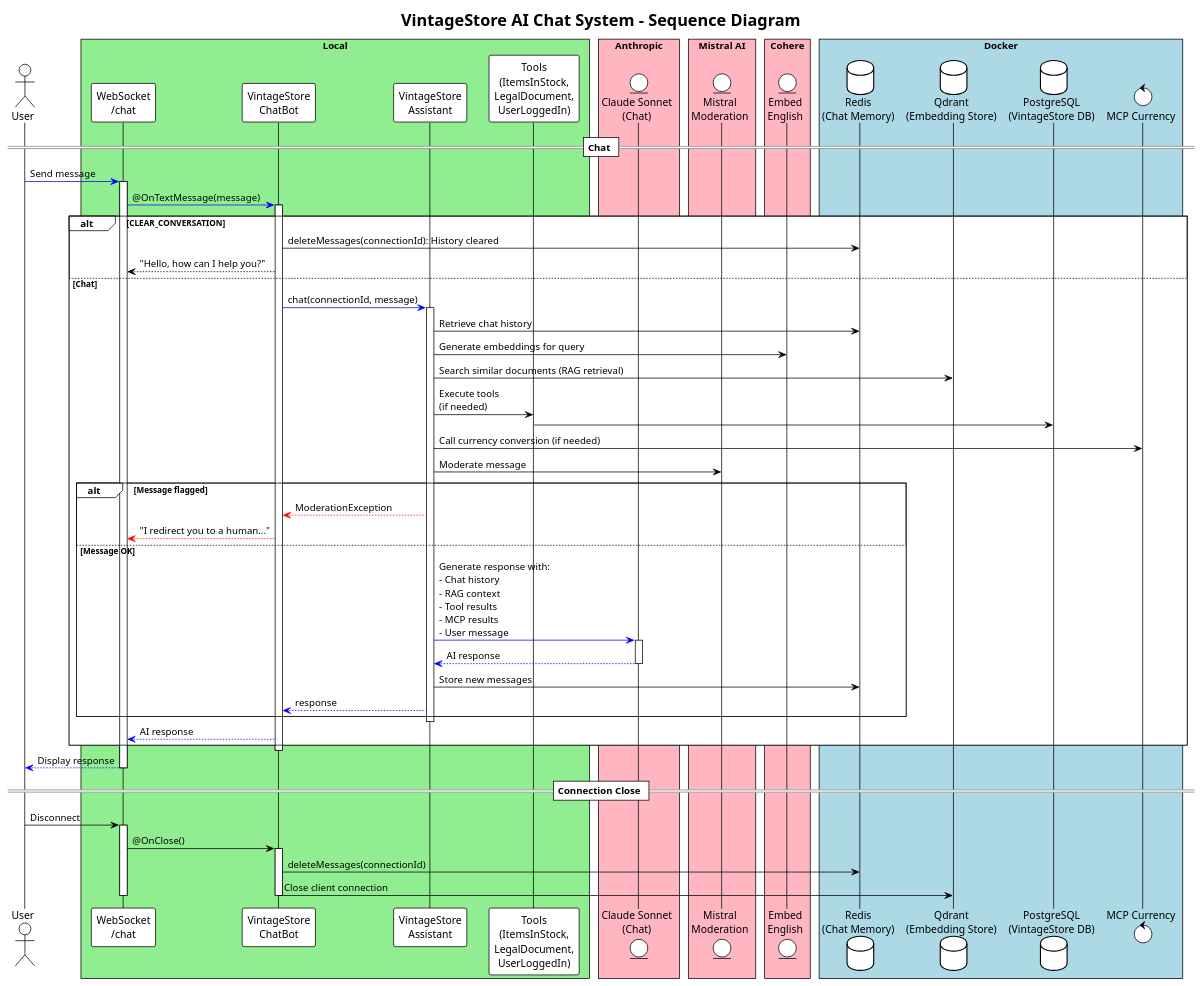
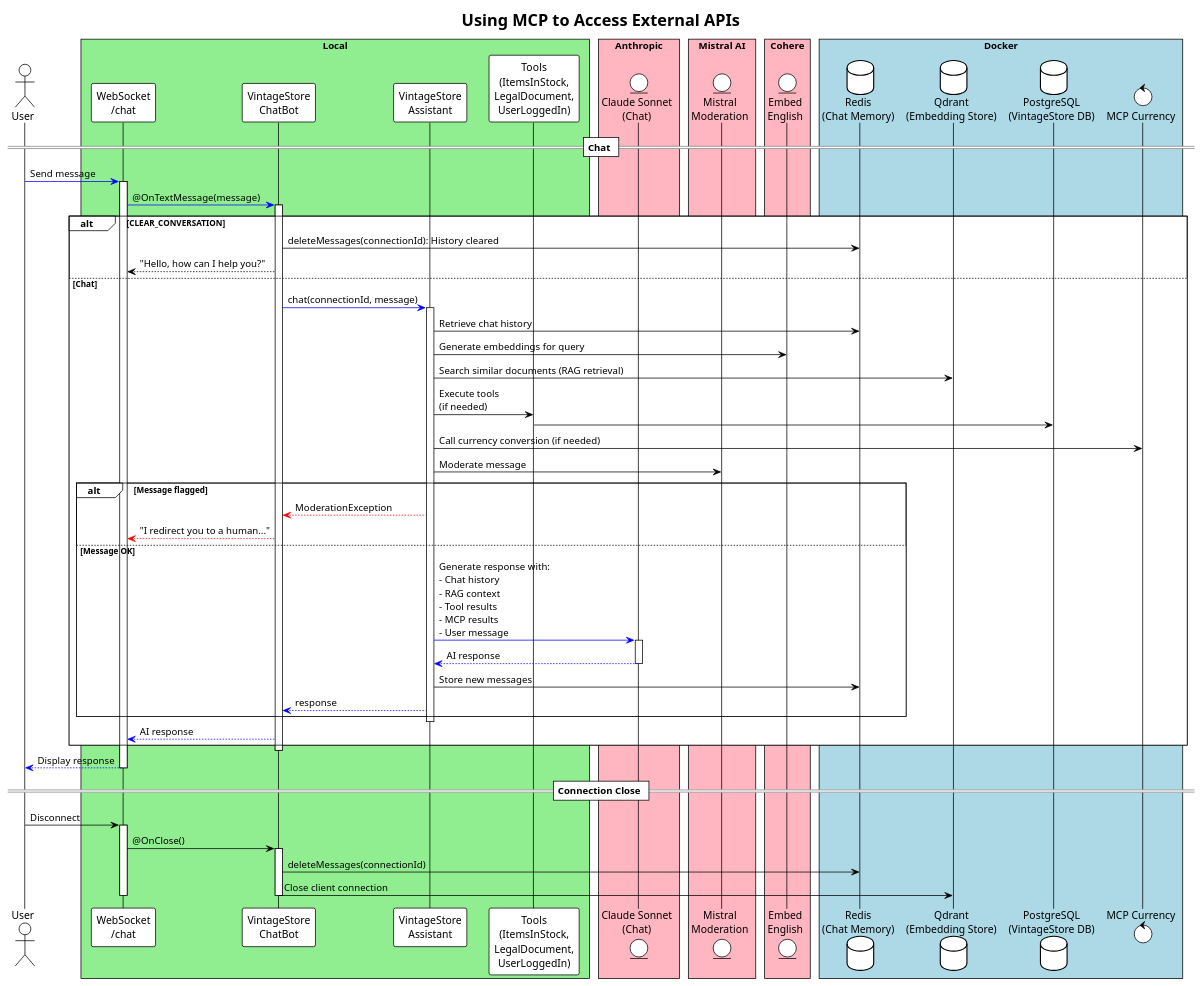
The diagram in docs/puml/41-mcp.puml (agoncal/agoncal-application-vintagestore), drawn with PlantUML before and after one commit. The commit also changed 7 other files, not shown here.

```diff
--- a/docs/puml/41-mcp.puml
+++ b/docs/puml/41-mcp.puml
@@ -1,80 +1,80 @@
 @startuml
 !theme plain
-title VintageStore AI Chat System - Sequence Diagram
+title Using MCP to Access External APIs
 
 actor User
 box "Local" #LightGreen
 participant "WebSocket\n/chat" as WS
 participant "VintageStore\nChatBot" as ChatBot
 participant "VintageStore\nAssistant" as Assistant
 participant "Tools\n(ItemsInStock,\nLegalDocument,\nUserLoggedIn)" as Tools
 end box
 box "Anthropic" #LightPink
 entity "Claude Sonnet\n(Chat)" as Anthropic
 end box
 box "Mistral AI" #LightPink
 entity "Mistral\nModeration" as Mistral
 end box
 box "Cohere" #LightPink
 entity "Embed\nEnglish" as Cohere
 end box
 box "Docker" #LightBlue
 database "Redis\n(Chat Memory)" as Redis
 database "Qdrant\n(Embedding Store)" as Qdrant
 database "PostgreSQL\n(VintageStore DB)" as PostgreSQL
 control "MCP Currency" as MCP
 end box
 
 == Chat ==
 User -[#blue]> WS: Send message
 activate WS
 WS -[#blue]> ChatBot: @OnTextMessage(message)
 activate ChatBot
 
 alt CLEAR_CONVERSATION
     ChatBot -> Redis: deleteMessages(connectionId): History cleared
     ChatBot --> WS: "Hello, how can I help you?"
 else Chat
     ChatBot -[#blue]> Assistant: chat(connectionId, message)
     activate Assistant
     Assistant -> Redis: Retrieve chat history
     Assistant -> Cohere: Generate embeddings for query
     Assistant -> Qdrant: Search similar documents (RAG retrieval)
     Assistant -> Tools: Execute tools\n(if needed)
     Tools -> PostgreSQL
     Assistant -> MCP: Call currency conversion (if needed)
     Assistant -> Mistral: Moderate message
 
     alt Message flagged
         Assistant -[#red]-> ChatBot: ModerationException
         ChatBot -[#red]-> WS: "I redirect you to a human..."
     else Message OK
 
         Assistant -[#blue]> Anthropic: Generate response with:\n- Chat history\n- RAG context\n- Tool results\n- MCP results\n- User message
         activate Anthropic
         Anthropic -[#blue]-> Assistant: AI response
         deactivate Anthropic
 
         Assistant -> Redis: Store new messages
         Assistant -[#blue]-> ChatBot: response
     end
     deactivate Assistant
 
     ChatBot -[#blue]-> WS: AI response
 end
 deactivate ChatBot
 
 WS -[#blue]-> User: Display response
 deactivate WS
 
 == Connection Close ==
 User -> WS: Disconnect
 activate WS
 WS -> ChatBot: @OnClose()
 activate ChatBot
 ChatBot -> Redis: deleteMessages(connectionId)
 ChatBot -> Qdrant: Close client connection
 deactivate ChatBot
 deactivate WS
 
 @enduml
```
